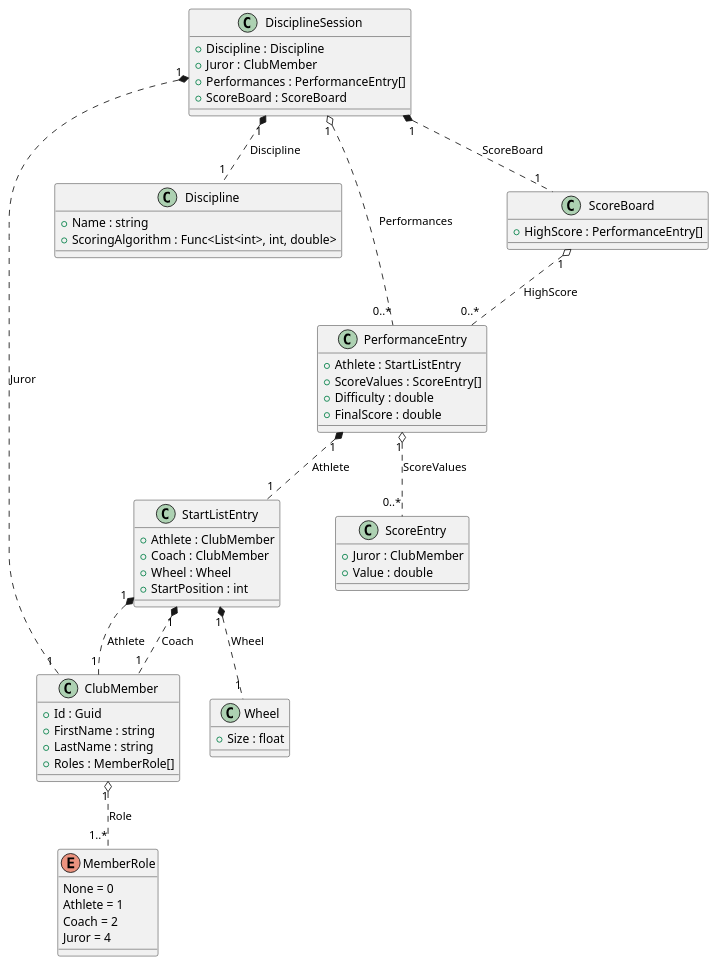
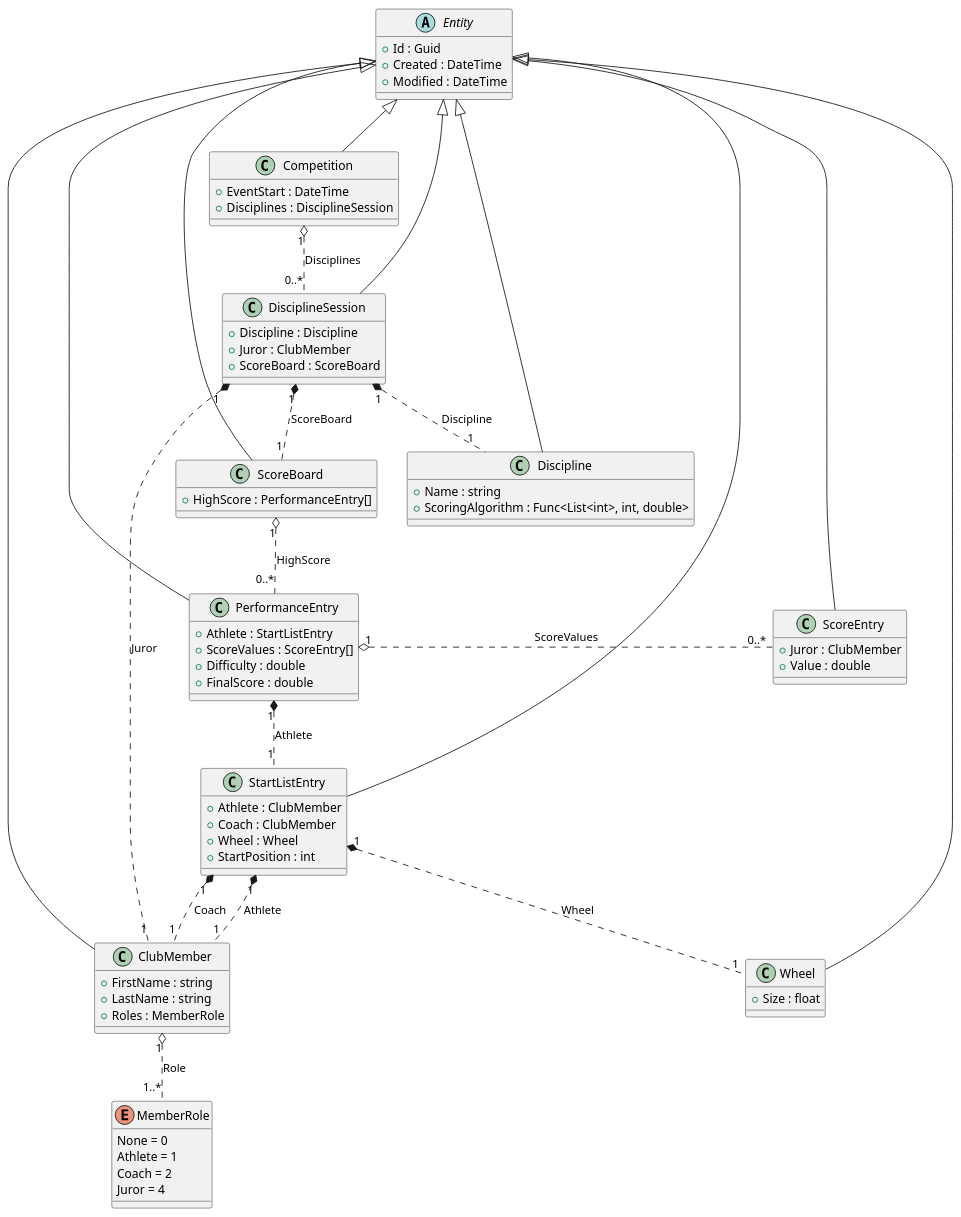
The diagram in docs/architecture/resources/diagrams/domain_model_class_diagram.plantuml (skr444/rhonayro), drawn with PlantUML before and after one commit. The commit also changed 10 other files, not shown here.

```diff
--- a/docs/architecture/resources/diagrams/domain_model_class_diagram.plantuml
+++ b/docs/architecture/resources/diagrams/domain_model_class_diagram.plantuml
@@ -1,68 +1,87 @@
 @startuml
 
+abstract class Entity {
+    + Id : Guid
+    + Created : DateTime
+    + Modified : DateTime
+}
+
+class Competition {
+    + EventStart : DateTime
+    + Disciplines : DisciplineSession
+}
+
 class ClubMember {
-    + Id : Guid
     + FirstName : string
     + LastName : string
-    + Roles : MemberRole[]
+    + Roles : MemberRole
 }
 
 enum MemberRole {
     None = 0
     Athlete = 1
     Coach = 2
     Juror = 4
 }
 
 class Discipline {
     + Name : string
     + ScoringAlgorithm : Func<List<int>, int, double>
 }
 
 class StartListEntry {
     + Athlete : ClubMember
     + Coach : ClubMember
     + Wheel : Wheel
     + StartPosition : int
 }
 
 class DisciplineSession {
     + Discipline : Discipline
     + Juror : ClubMember
-    + Performances : PerformanceEntry[]
     + ScoreBoard : ScoreBoard
 }
 
 class ScoreEntry {
     + Juror : ClubMember
     + Value : double
 }
 
 class PerformanceEntry {
     + Athlete : StartListEntry
     + ScoreValues : ScoreEntry[]
     + Difficulty : double
     + FinalScore : double
 }
 
 class ScoreBoard {
     + HighScore : PerformanceEntry[]
 }
 
 class Wheel {
     + Size : float
 }
 
+Entity <|-- Competition
+Entity <|-- DisciplineSession
+Entity <|-- Discipline
+Entity <|-- ScoreBoard
+Entity <|-- PerformanceEntry
+Entity <|-- StartListEntry
+Entity <|-- ClubMember
+Entity <|-- Wheel
+Entity <|-- ScoreEntry
+
+Competition "1" o.. "0..*" DisciplineSession : Disciplines
 ClubMember "1" o.. "1..*" MemberRole : Role
 StartListEntry "1" *.. "1" ClubMember : Athlete
 StartListEntry "1" *.. "1" ClubMember : Coach
 StartListEntry "1" *.. "1" Wheel : Wheel
 DisciplineSession "1" *.. "1" Discipline : Discipline
 DisciplineSession "1" *.. "1" ClubMember : Juror
-DisciplineSession "1" o.. "0..*" PerformanceEntry : Performances
 DisciplineSession "1" *.. "1" ScoreBoard : ScoreBoard
 PerformanceEntry "1" *.. "1" StartListEntry : Athlete
-PerformanceEntry "1" o.. "0..*" ScoreEntry : ScoreValues
+PerformanceEntry "1" o.right. "0..*" ScoreEntry : ScoreValues
 ScoreBoard "1" o.. "0..*" PerformanceEntry : HighScore
 
 @enduml
```
